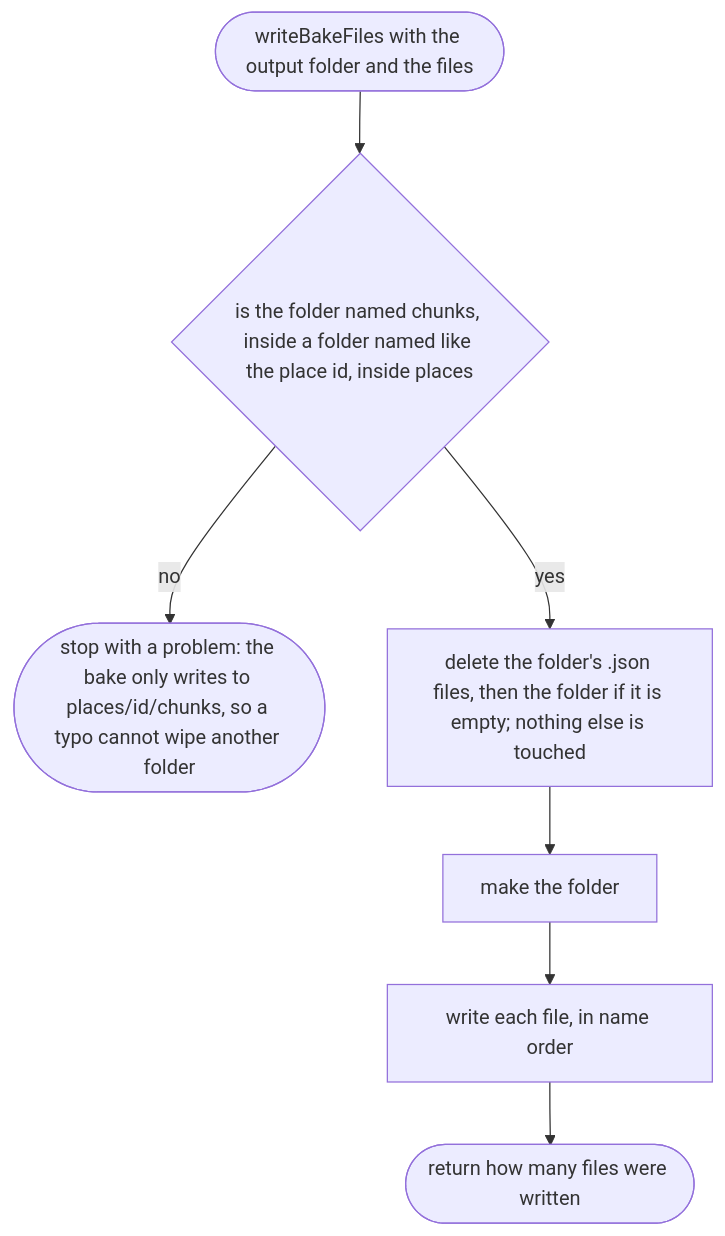
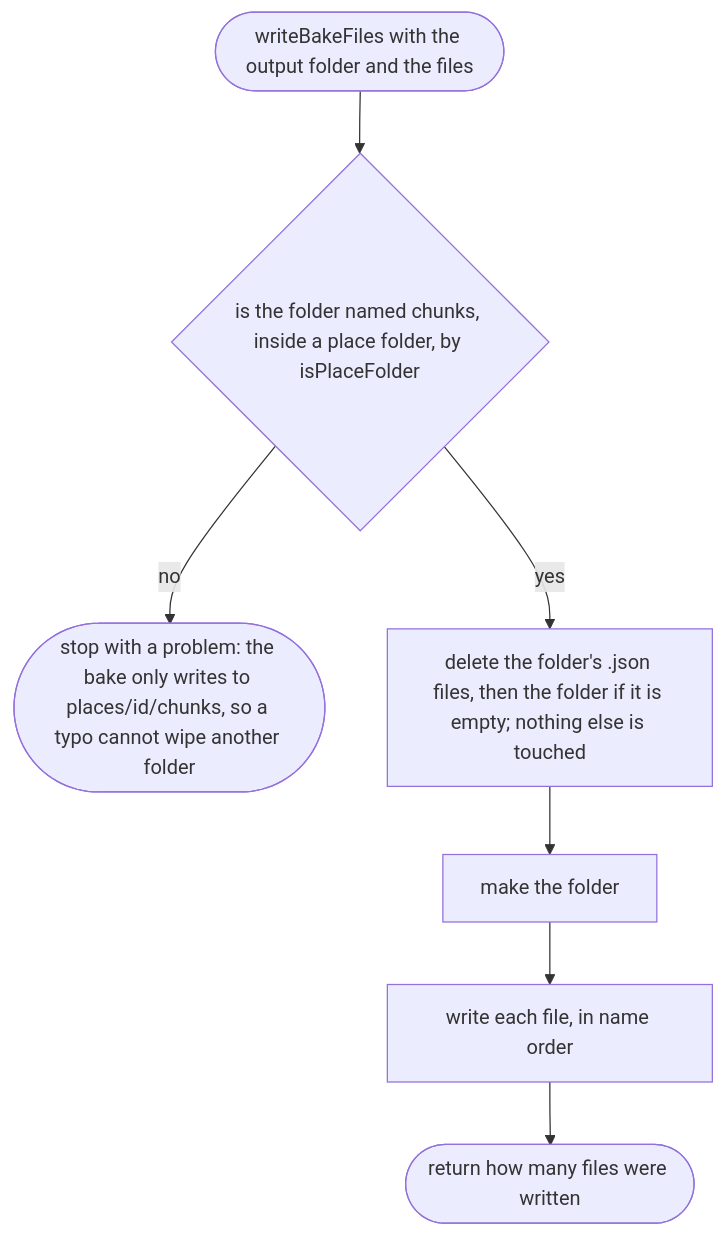
One commit to NewDara-Star/world-engine changed the first of 3 diagrams in docs/designs/tools/bake/write.md. Above: the diagram before and after it, drawn with Mermaid. The commit also changed other lines of this file and 58 other files, not shown here.

````diff
--- a/docs/designs/tools/bake/write.md
+++ b/docs/designs/tools/bake/write.md
@@ -13,13 +13,13 @@
 ```mermaid
 flowchart TD
   s(["writeBakeFiles with the output folder and the files"])
-  a{"is the folder named chunks, inside a folder named like the place id, inside places"}
+  a{"is the folder named chunks, inside a place folder, by isPlaceFolder"}
   b(["stop with a problem: the bake only writes to places/id/chunks, so a typo cannot wipe another folder"])
   c["delete the folder's .json files, then the folder if it is empty; nothing else is touched"]
   d["make the folder"]
   e["write each file, in name order"]
   f(["return how many files were written"])
   s --> a
   a -->|"no"| b
   a -->|"yes"| c --> d --> e --> f
 ```
````
